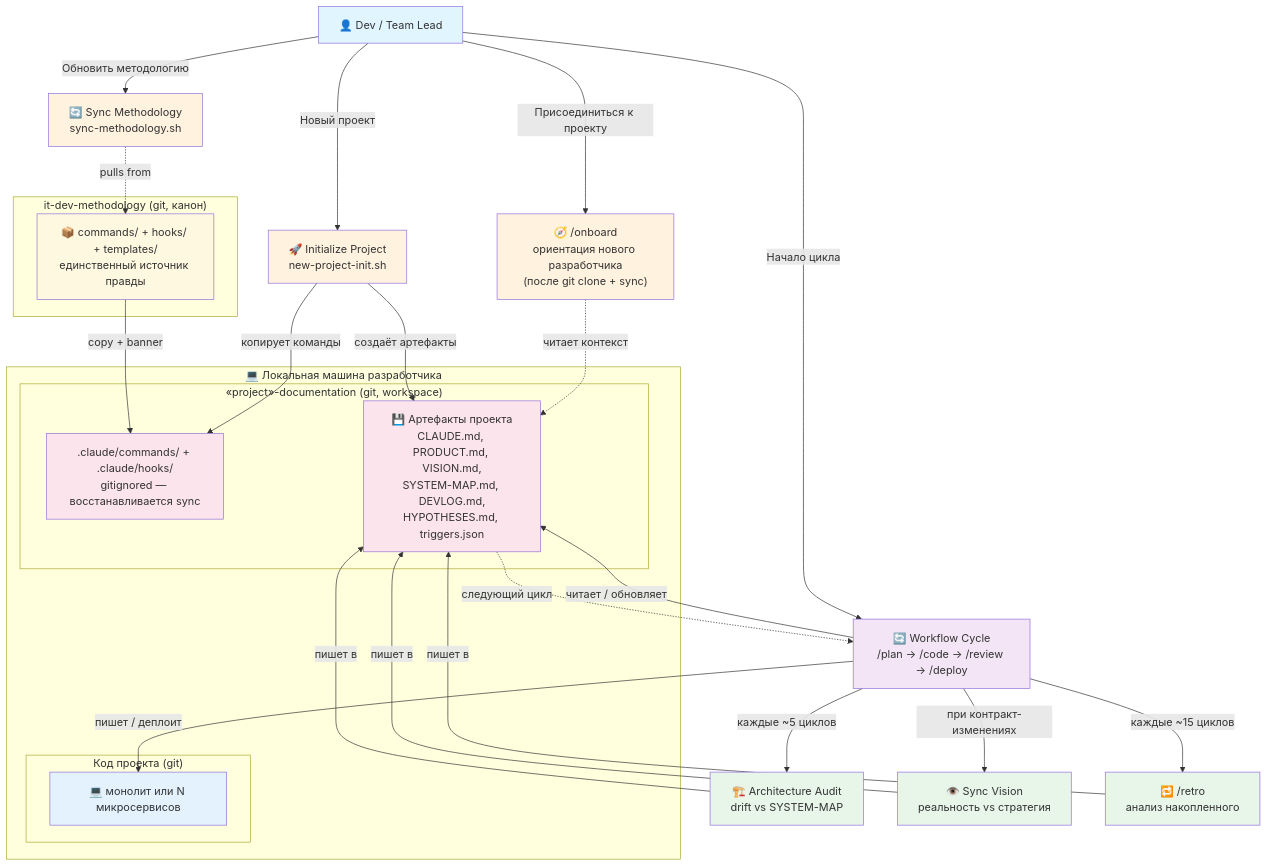
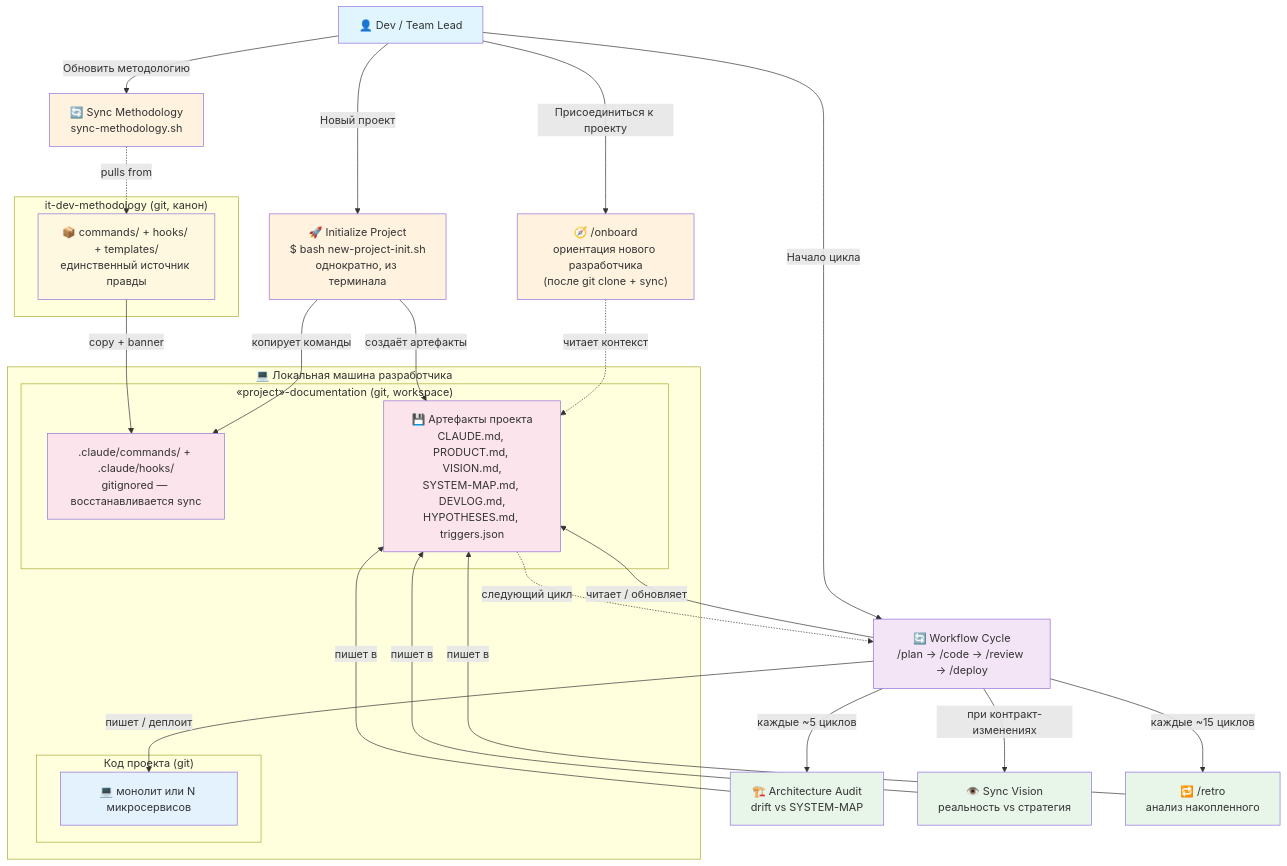
Before and after one commit to cait-solutions/it-dev-methodology: the diagram in docs/product/USER-MAP.md, drawn with Mermaid.

Commit message:
fix(user-map): clarify Init node — bash script run by developer from terminal [methodology]

````diff
--- a/docs/product/USER-MAP.md
+++ b/docs/product/USER-MAP.md
@@ -24,53 +24,53 @@
 ```mermaid
 graph TD
     Dev["👤 Dev / Team Lead"]
 
     subgraph Methodology["it-dev-methodology (git, канон)"]
         Canon["📦 commands/ + hooks/ + templates/<br/>единственный источник правды"]
     end
 
     subgraph Local["💻 Локальная машина разработчика"]
         subgraph DocRepo["«project»-documentation (git, workspace)"]
             LocalCmds[".claude/commands/ + .claude/hooks/<br/>gitignored — восстанавливается sync"]
             Storage["💾 Артефакты проекта<br/>CLAUDE.md, PRODUCT.md, VISION.md,<br/>SYSTEM-MAP.md, DEVLOG.md,<br/>HYPOTHESES.md, triggers.json"]
         end
         subgraph CodeRepos["Код проекта (git)"]
             Services["💻 монолит или N микросервисов"]
         end
     end
 
-    Dev -->|"Новый проект"| Init["🚀 Initialize Project<br/>new-project-init.sh"]
+    Dev -->|"Новый проект"| Init["🚀 Initialize Project<br/>$ bash new-project-init.sh<br/>однократно, из терминала"]
     Dev -->|"Присоединиться к проекту"| Onboard["🧭 /onboard<br/>ориентация нового разработчика<br/>(после git clone + sync)"]
     Dev -->|"Начало цикла"| Workflow["🔄 Workflow Cycle<br/>/plan → /code → /review → /deploy"]
     Dev -->|"Обновить методологию"| Sync["🔄 Sync Methodology<br/>sync-methodology.sh"]
 
     Sync -.->|"pulls from"| Canon
     Canon -->|"copy + banner"| LocalCmds
     Init -->|"копирует команды"| LocalCmds
     Init -->|"создаёт артефакты"| Storage
     Onboard -.->|"читает контекст"| Storage
     Workflow -->|"читает / обновляет"| Storage
     Workflow -->|"пишет / деплоит"| Services
 
     Workflow -->|"каждые ~5 циклов"| Audit["🏗️ Architecture Audit<br/>drift vs SYSTEM-MAP"]
     Workflow -->|"при контракт-изменениях"| Vision["👁️ Sync Vision<br/>реальность vs стратегия"]
     Workflow -->|"каждые ~15 циклов"| Retro["🔁 /retro<br/>анализ накопленного"]
 
     Audit -->|"пишет в"| Storage
     Vision -->|"пишет в"| Storage
     Retro -->|"пишет в"| Storage
     Storage -.->|"следующий цикл"| Workflow
 
     style Dev fill:#e1f5ff
     style Init fill:#fff3e0
     style Onboard fill:#fff3e0
     style Workflow fill:#f3e5f5
     style Sync fill:#fff3e0
     style Canon fill:#fff8e1
     style LocalCmds fill:#fce4ec
     style Storage fill:#fce4ec
     style Services fill:#e3f2fd
     style Audit fill:#e8f5e9
     style Vision fill:#e8f5e9
     style Retro fill:#e8f5e9
 ```
````
